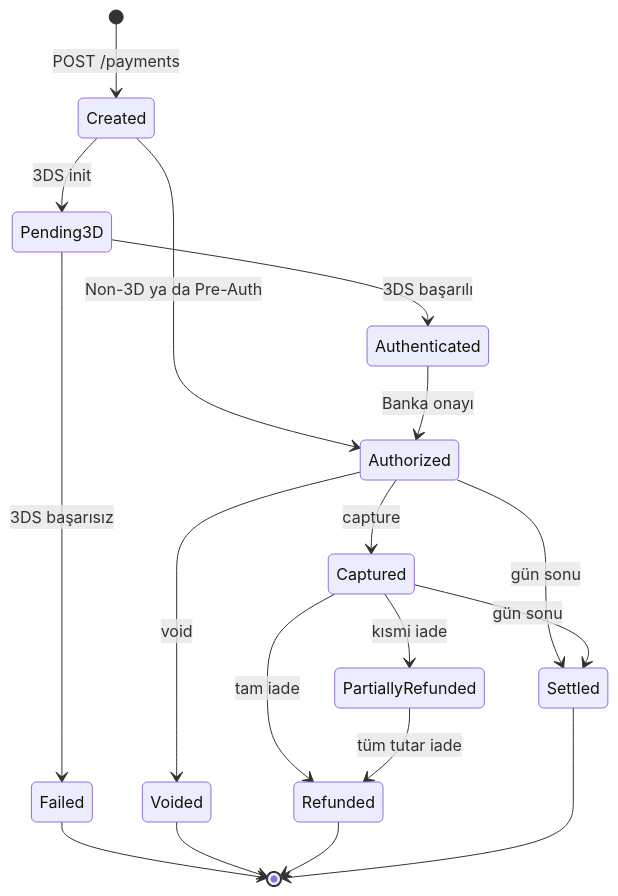
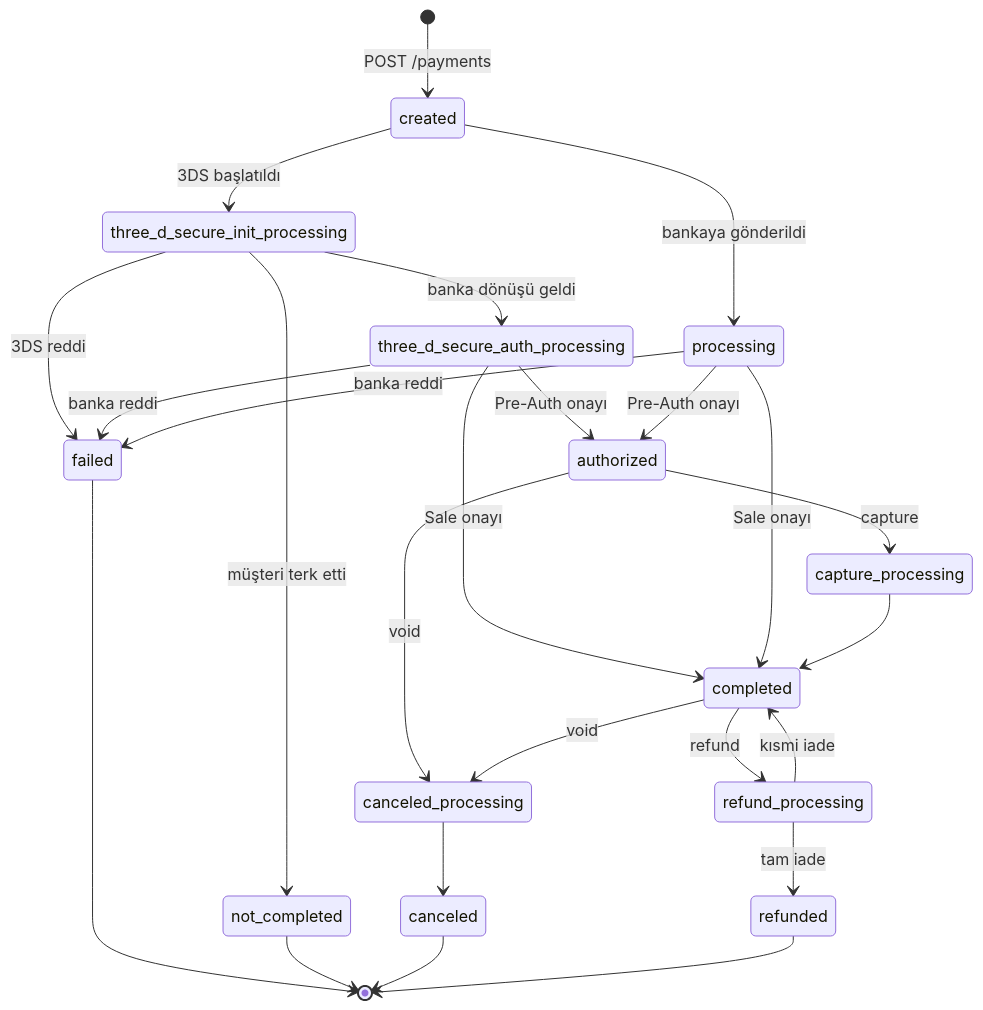
The diagram in sanal-pos/overview.mdx (payment-pos/mintlify), drawn with Mermaid before and after one commit. The commit also changed other lines of this file and 135 other files, not shown here.

````diff
--- a/sanal-pos/overview.mdx
+++ b/sanal-pos/overview.mdx
@@ -103,20 +131,27 @@
 ```mermaid
 stateDiagram-v2
-    [*] --> Created: POST /payments
-    Created --> Pending3D: 3DS init
-    Pending3D --> Authenticated: 3DS başarılı
-    Pending3D --> Failed: 3DS başarısız
-    Created --> Authorized: Non-3D ya da Pre-Auth
-    Authenticated --> Authorized: Banka onayı
-    Authorized --> Captured: capture
-    Authorized --> Voided: void
-    Captured --> Refunded: tam iade
-    Captured --> PartiallyRefunded: kısmi iade
-    PartiallyRefunded --> Refunded: tüm tutar iade
-    Authorized --> Settled: gün sonu
-    Captured --> Settled: gün sonu
-    Failed --> [*]
-    Voided --> [*]
-    Refunded --> [*]
-    Settled --> [*]
+    [*] --> created: POST /payments
+    created --> processing: bankaya gönderildi
+    created --> three_d_secure_init_processing: 3DS başlatıldı
+    three_d_secure_init_processing --> three_d_secure_auth_processing: banka dönüşü geldi
+    three_d_secure_init_processing --> failed: 3DS reddi
+    three_d_secure_init_processing --> not_completed: müşteri terk etti
+    three_d_secure_auth_processing --> authorized: Pre-Auth onayı
+    three_d_secure_auth_processing --> completed: Sale onayı
+    three_d_secure_auth_processing --> failed: banka reddi
+    processing --> authorized: Pre-Auth onayı
+    processing --> completed: Sale onayı
+    processing --> failed: banka reddi
+    authorized --> capture_processing: capture
+    capture_processing --> completed
+    authorized --> canceled_processing: void
+    completed --> canceled_processing: void
+    canceled_processing --> canceled
+    completed --> refund_processing: refund
+    refund_processing --> refunded: tam iade
+    refund_processing --> completed: kısmi iade
+    failed --> [*]
+    not_completed --> [*]
+    canceled --> [*]
+    refunded --> [*]
 ```
````
